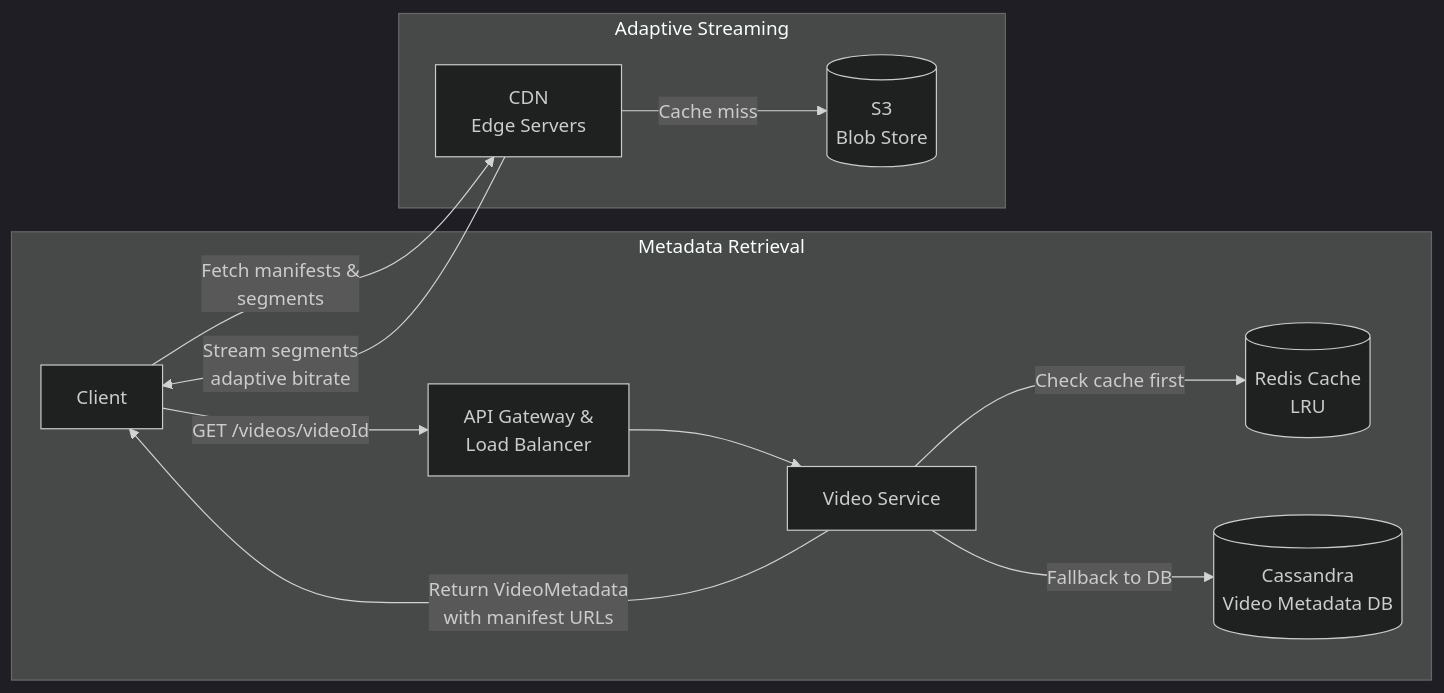
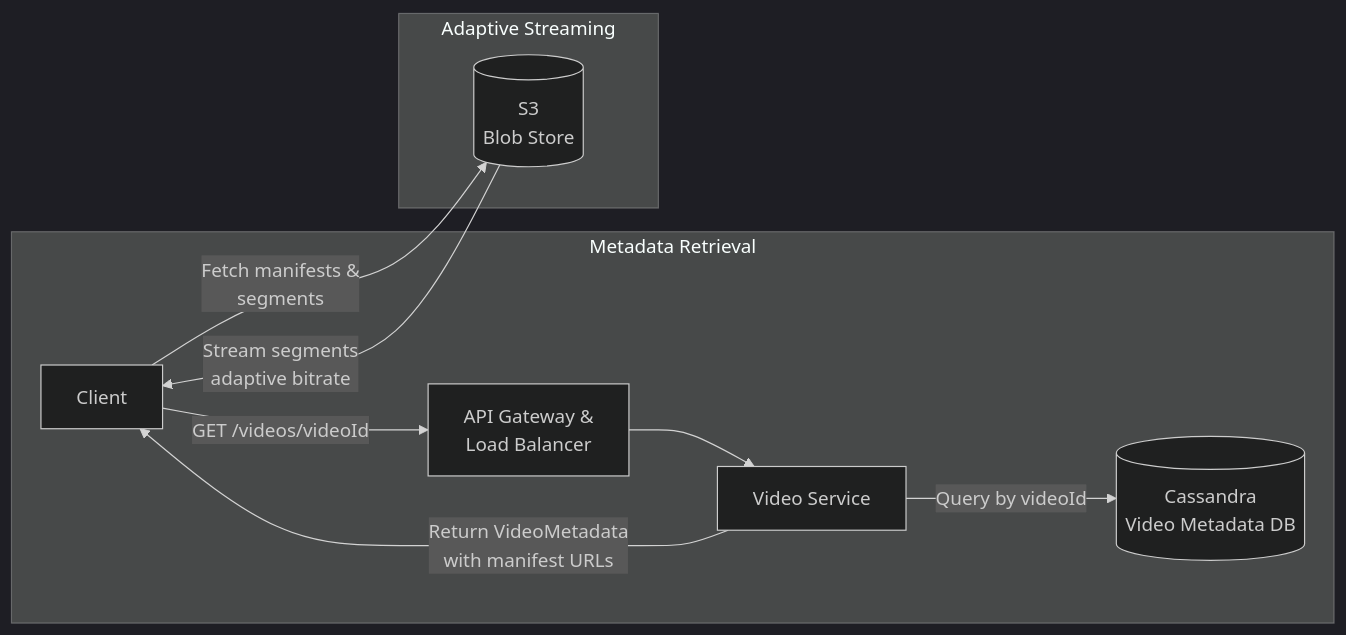
One commit to vipi-n/swe-101 changed the fourth of 9 diagrams in hld/youtube.md. Above: the diagram before and after it, drawn with Mermaid (dark theme). The commit also changed other lines of this file, not shown here.

````diff
--- a/hld/youtube.md
+++ b/hld/youtube.md
@@ -384,16 +439,14 @@
 ```mermaid
 flowchart LR
     subgraph Metadata Retrieval
         Client -->|GET /videos/videoId| APIGateway[API Gateway &<br/>Load Balancer]
         APIGateway --> VideoService[Video Service]
-        VideoService -->|Check cache first| Cache[(Redis Cache<br/>LRU)]
-        VideoService -->|Fallback to DB| CassandraDB[(Cassandra<br/>Video Metadata DB)]
+        VideoService -->|Query by videoId| CassandraDB[(Cassandra<br/>Video Metadata DB)]
         VideoService -->|Return VideoMetadata<br/>with manifest URLs| Client
     end
 
     subgraph Adaptive Streaming
-        Client -->|Fetch manifests &<br/>segments| CDN[CDN<br/>Edge Servers]
-        CDN -->|Cache miss| S3[(S3<br/>Blob Store)]
-        CDN -->|Stream segments<br/>adaptive bitrate| Client
+        Client -->|Fetch manifests &<br/>segments| S3[(S3<br/>Blob Store)]
+        S3 -->|Stream segments<br/>adaptive bitrate| Client
     end
 ```
````
